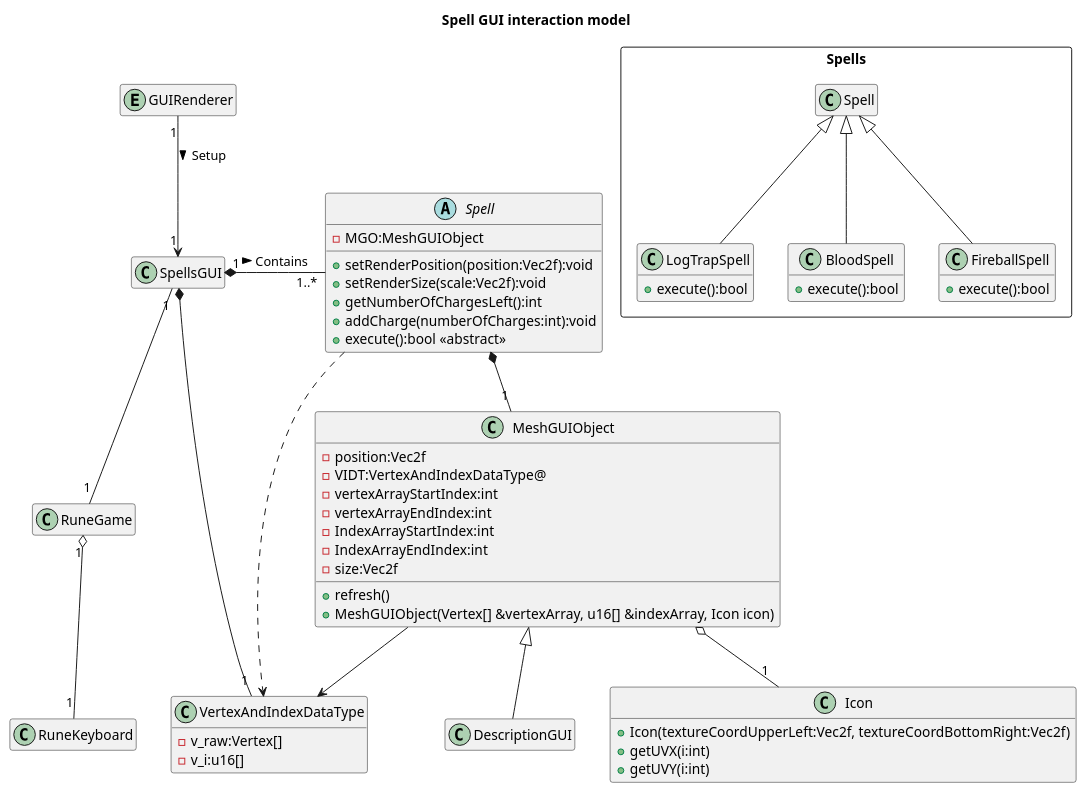
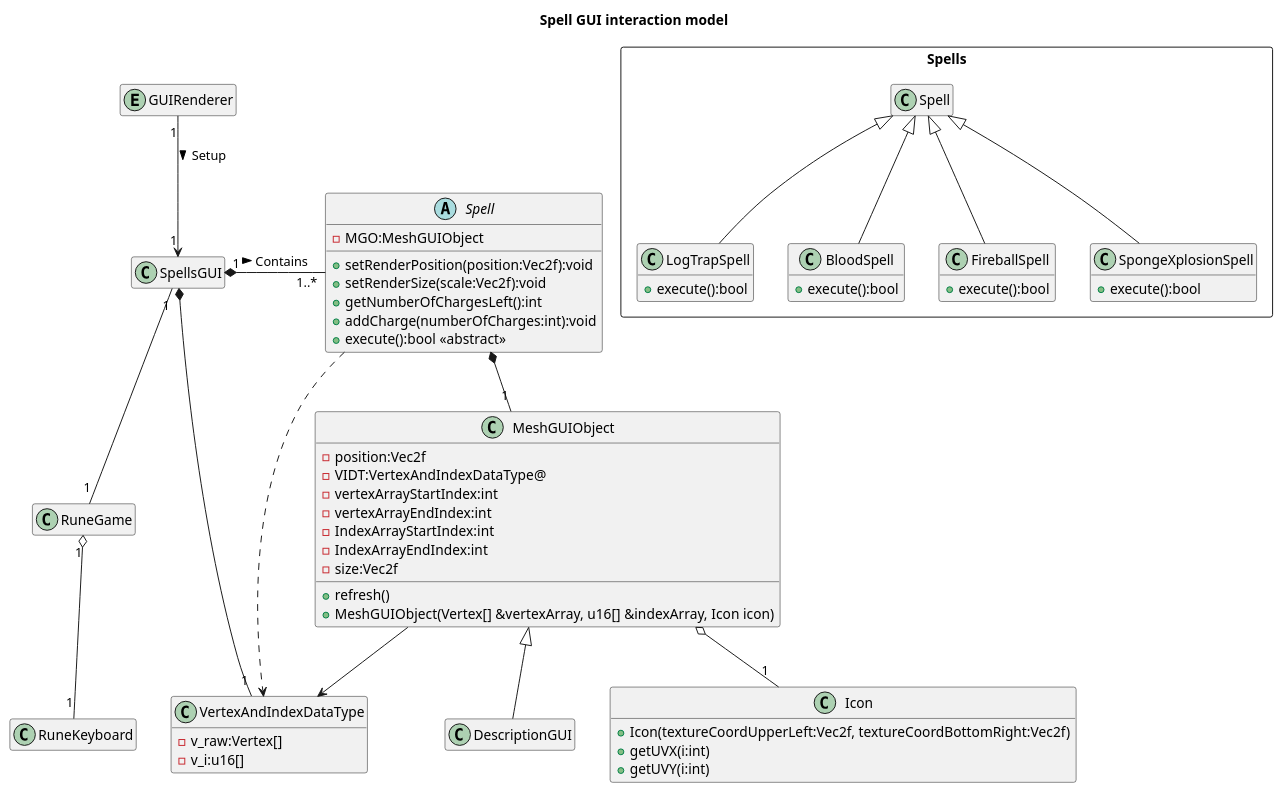
The diagram in docs/conception.puml (Kuift/The_Guiftmo_Project), drawn with PlantUML before and after one commit. The commit also changed 1 other file, not shown here.

Commit message:
added sponge explosion class

```diff
--- a/docs/conception.puml
+++ b/docs/conception.puml
@@ -1,72 +1,76 @@
 @startuml Conception
 
 skinparam defaultfontname Verdana
 title Spell GUI interaction model
 
 hide empty members
 abstract Spell
 {
     - MGO:MeshGUIObject
     + setRenderPosition(position:Vec2f):void
     + setRenderSize(scale:Vec2f):void
     + getNumberOfChargesLeft():int
     + addCharge(numberOfCharges:int):void
     + execute():bool <<abstract>>
 }
 class MeshGUIObject
 {
   - position:Vec2f
   - VIDT:VertexAndIndexDataType@
   - vertexArrayStartIndex:int
   - vertexArrayEndIndex:int
   - IndexArrayStartIndex:int
   - IndexArrayEndIndex:int
   - size:Vec2f
   + refresh()
   + MeshGUIObject(Vertex[] &vertexArray, u16[] &indexArray, Icon icon)
 }
 class DescriptionGUI extends MeshGUIObject
 {
 
 }
 
 class Icon
 {
   + Icon(textureCoordUpperLeft:Vec2f, textureCoordBottomRight:Vec2f)
   + getUVX(i:int)
   + getUVY(i:int)
 }
 package Spells <<Rectangle>> 
 {
-class LogTrapSpell extends Spell
-{
-  + execute():bool
-}
-class BloodSpell extends Spell
-{
-  + execute():bool
-}
-class FireballSpell extends Spell
-{
-  + execute():bool
-}
+  class LogTrapSpell extends Spell
+  {
+    + execute():bool
+  }
+  class BloodSpell extends Spell
+  {
+    + execute():bool
+  }
+  class FireballSpell extends Spell
+  {
+    + execute():bool
+  }
+  class SpongeXplosionSpell extends Spell
+  {
+    + execute():bool
+  }
 }
 class VertexAndIndexDataType
 {
   - v_raw:Vertex[]
   - v_i:u16[]
 }
 class SpellsGUI
 Entity GUIRenderer
 class RuneGame
 class RuneKeyboard
 GUIRenderer "1"--> "1" SpellsGUI : Setup >
 SpellsGUI "1" *- "1..*" Spell : Contains >
 SpellsGUI "1" -- "1"  RuneGame
 RuneGame "1" o-- "1" RuneKeyboard
 Spell *-- "1" MeshGUIObject
 MeshGUIObject o-- "1" Icon
 SpellsGUI *-- "1" VertexAndIndexDataType
 Spell ..> VertexAndIndexDataType
 MeshGUIObject --> VertexAndIndexDataType
 @enduml
```
